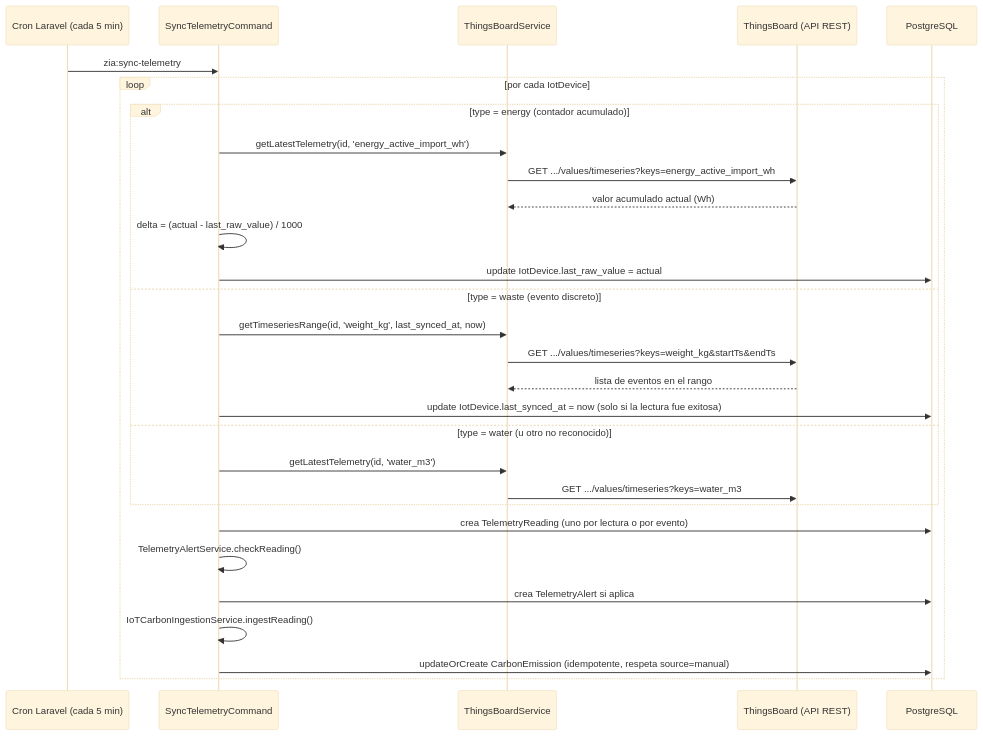
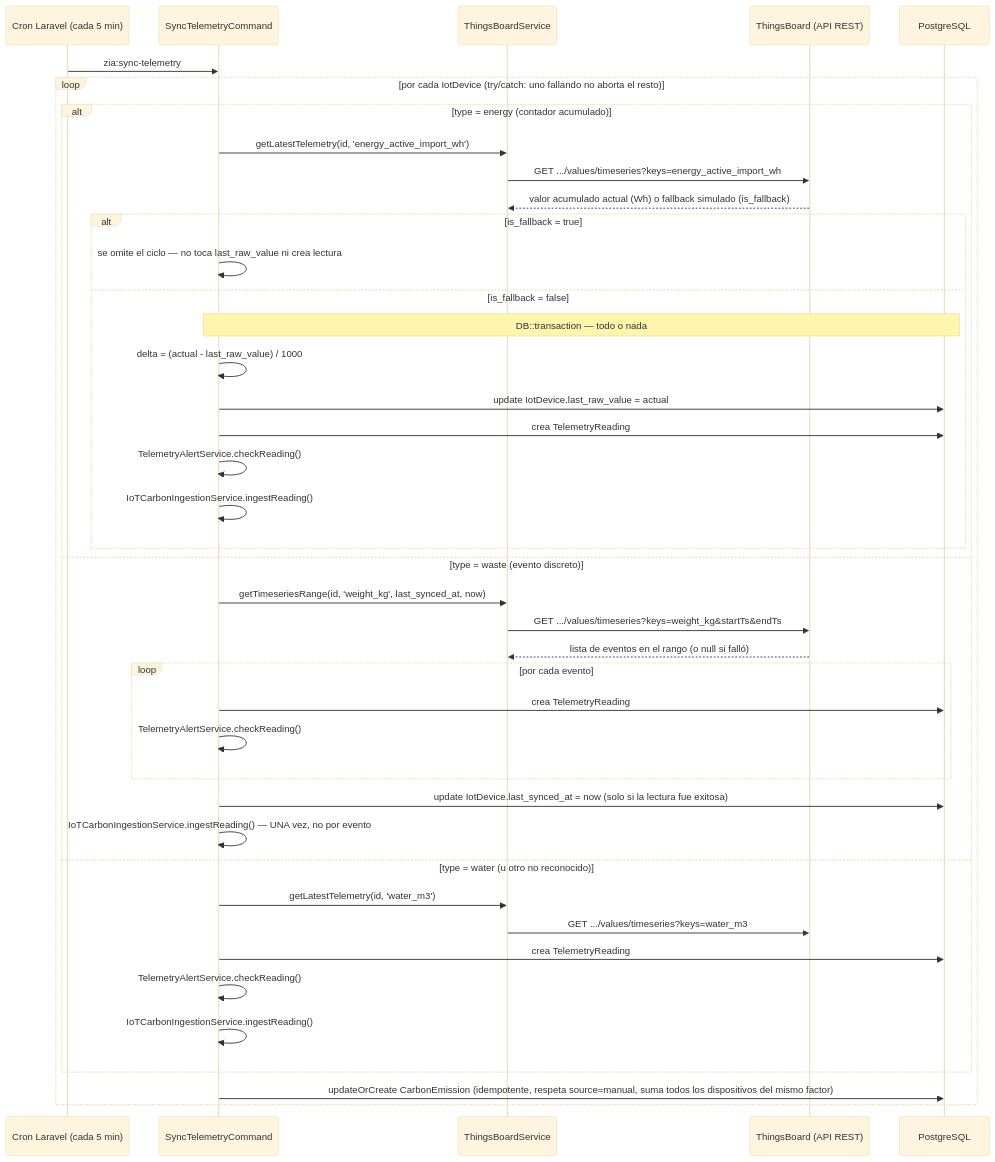
The diagram in docs/architecture/thingsboard-integration.md (ljgarciap/ZiaMonorepo), drawn with Mermaid (base theme) before and after one commit. The commit also changed other lines of this file and 5 other files, not shown here.

First line of the commit message:
fix(iot): aplica las sugerencias del Senior Reviewer sobre la integración ThingsBoard

````diff
--- a/docs/architecture/thingsboard-integration.md
+++ b/docs/architecture/thingsboard-integration.md
@@ -61,32 +92,44 @@
 ```mermaid
 sequenceDiagram
     participant Cron as Cron Laravel (cada 5 min)
     participant Cmd as SyncTelemetryCommand
     participant TBS as ThingsBoardService
     participant TB as ThingsBoard (API REST)
     participant DB as PostgreSQL
 
     Cron->>Cmd: zia:sync-telemetry
-    loop por cada IotDevice
+    loop por cada IotDevice (try/catch: uno fallando no aborta el resto)
         alt type = energy (contador acumulado)
             Cmd->>TBS: getLatestTelemetry(id, 'energy_active_import_wh')
             TBS->>TB: GET .../values/timeseries?keys=energy_active_import_wh
-            TB-->>TBS: valor acumulado actual (Wh)
-            Cmd->>Cmd: delta = (actual - last_raw_value) / 1000
-            Cmd->>DB: update IotDevice.last_raw_value = actual
+            TB-->>TBS: valor acumulado actual (Wh) o fallback simulado (is_fallback)
+            alt is_fallback = true
+                Cmd->>Cmd: se omite el ciclo — no toca last_raw_value ni crea lectura
+            else is_fallback = false
+                Note over Cmd,DB: DB::transaction — todo o nada
+                Cmd->>Cmd: delta = (actual - last_raw_value) / 1000
+                Cmd->>DB: update IotDevice.last_raw_value = actual
+                Cmd->>DB: crea TelemetryReading
+                Cmd->>Cmd: TelemetryAlertService.checkReading()
+                Cmd->>Cmd: IoTCarbonIngestionService.ingestReading()
+            end
         else type = waste (evento discreto)
             Cmd->>TBS: getTimeseriesRange(id, 'weight_kg', last_synced_at, now)
             TBS->>TB: GET .../values/timeseries?keys=weight_kg&startTs&endTs
-            TB-->>TBS: lista de eventos en el rango
+            TB-->>TBS: lista de eventos en el rango (o null si falló)
+            loop por cada evento
+                Cmd->>DB: crea TelemetryReading
+                Cmd->>Cmd: TelemetryAlertService.checkReading()
+            end
             Cmd->>DB: update IotDevice.last_synced_at = now (solo si la lectura fue exitosa)
+            Cmd->>Cmd: IoTCarbonIngestionService.ingestReading() — UNA vez, no por evento
         else type = water (u otro no reconocido)
             Cmd->>TBS: getLatestTelemetry(id, 'water_m3')
             TBS->>TB: GET .../values/timeseries?keys=water_m3
+            Cmd->>DB: crea TelemetryReading
+            Cmd->>Cmd: TelemetryAlertService.checkReading()
+            Cmd->>Cmd: IoTCarbonIngestionService.ingestReading()
         end
-        Cmd->>DB: crea TelemetryReading (uno por lectura o por evento)
-        Cmd->>Cmd: TelemetryAlertService.checkReading()
-        Cmd->>DB: crea TelemetryAlert si aplica
-        Cmd->>Cmd: IoTCarbonIngestionService.ingestReading()
-        Cmd->>DB: updateOrCreate CarbonEmission (idempotente, respeta source=manual)
+        Cmd->>DB: updateOrCreate CarbonEmission (idempotente, respeta source=manual, suma todos los dispositivos del mismo factor)
     end
 ```
````
